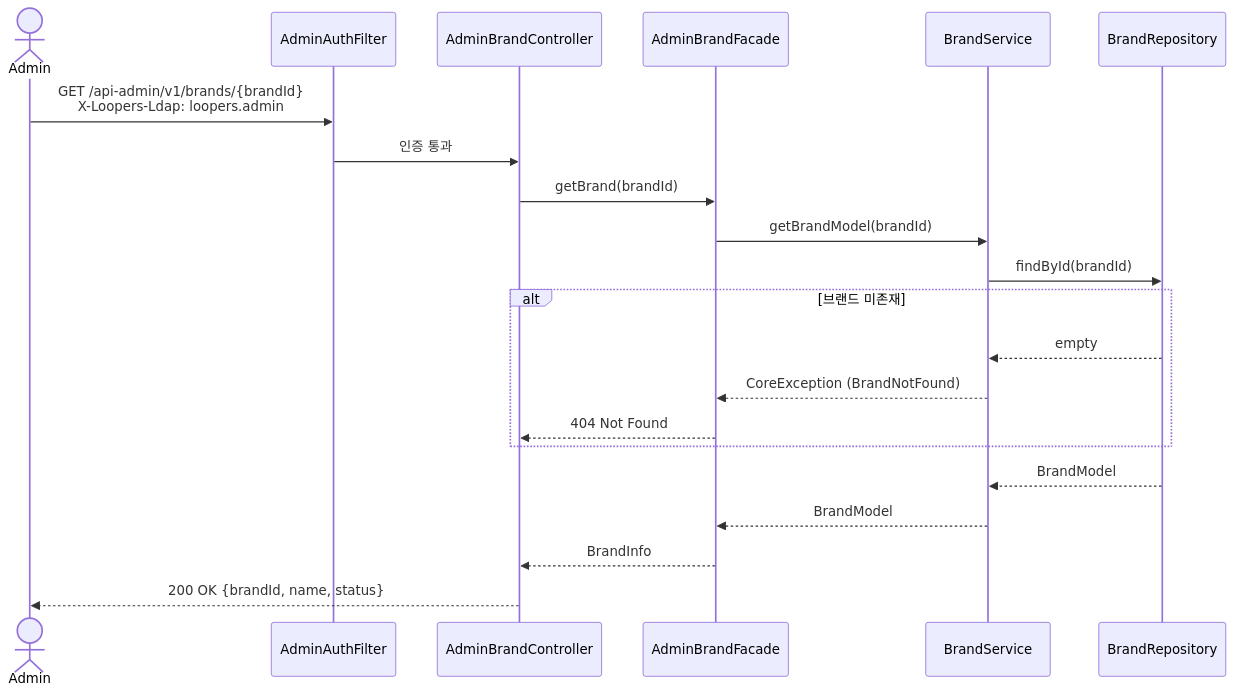
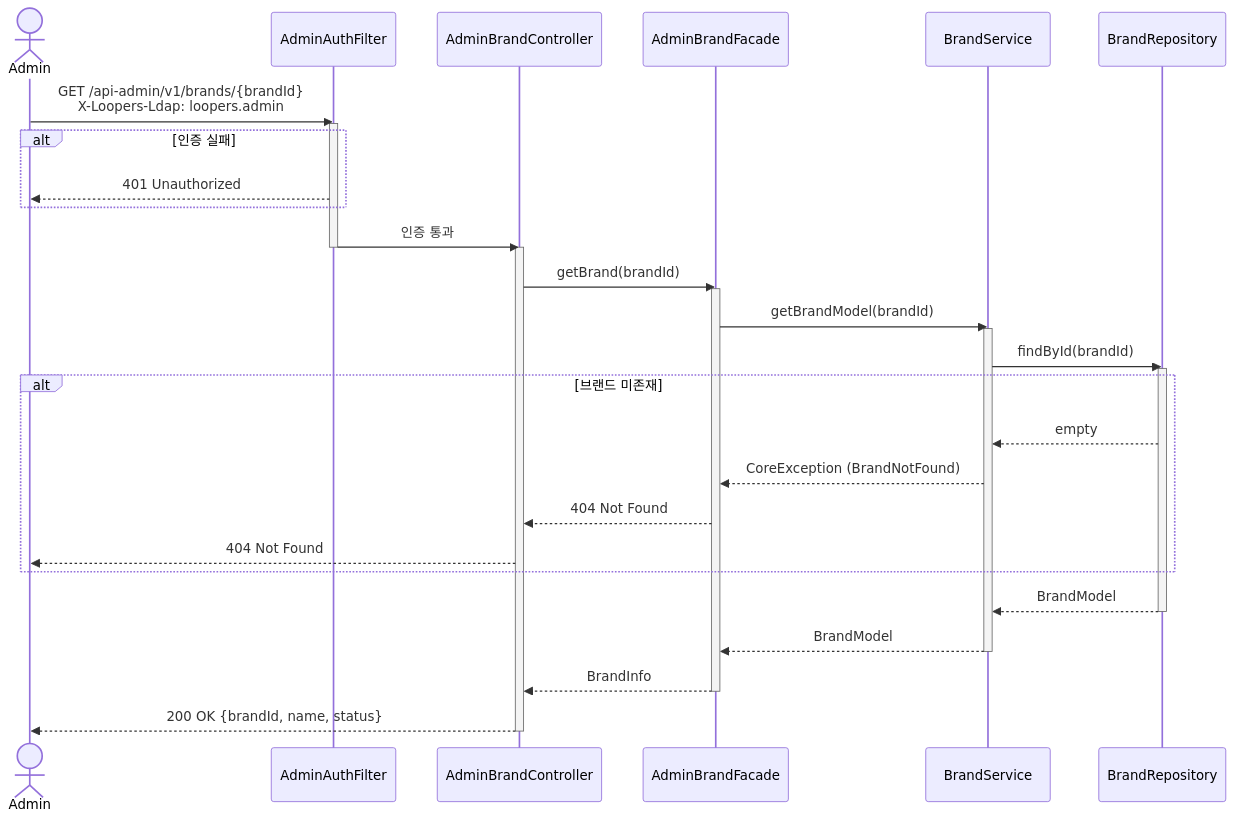
The eighth of 25 diagrams in .docs/design/02-sequence-diagrams.md (loopers-labs/loop-pack-be-l2-vol4-java), drawn with Mermaid before and after one commit. The commit also changed other lines of this file and 5 other files, not shown here.

````diff
--- a/.docs/design/02-sequence-diagrams.md
+++ b/.docs/design/02-sequence-diagrams.md
@@ -317,26 +399,40 @@
 ```mermaid
 sequenceDiagram
     actor Admin
     participant AF as AdminAuthFilter
     participant BC as AdminBrandController
     participant BF as AdminBrandFacade
     participant BS as BrandService
     participant BR as BrandRepository
 
     Admin->>AF: GET /api-admin/v1/brands/{brandId}<br/>X-Loopers-Ldap: loopers.admin
+    activate AF
+    alt 인증 실패
+        AF-->>Admin: 401 Unauthorized
+    end
     AF->>BC: 인증 통과
+    deactivate AF
+    activate BC
 
     BC->>BF: getBrand(brandId)
+    activate BF
     BF->>BS: getBrandModel(brandId)
+    activate BS
     BS->>BR: findById(brandId)
+    activate BR
     alt 브랜드 미존재
         BR-->>BS: empty
         BS-->>BF: CoreException (BrandNotFound)
         BF-->>BC: 404 Not Found
+        BC-->>Admin: 404 Not Found
     end
     BR-->>BS: BrandModel
+    deactivate BR
     BS-->>BF: BrandModel
+    deactivate BS
 
     BF-->>BC: BrandInfo
+    deactivate BF
     BC-->>Admin: 200 OK {brandId, name, status}
+    deactivate BC
 ```
````
